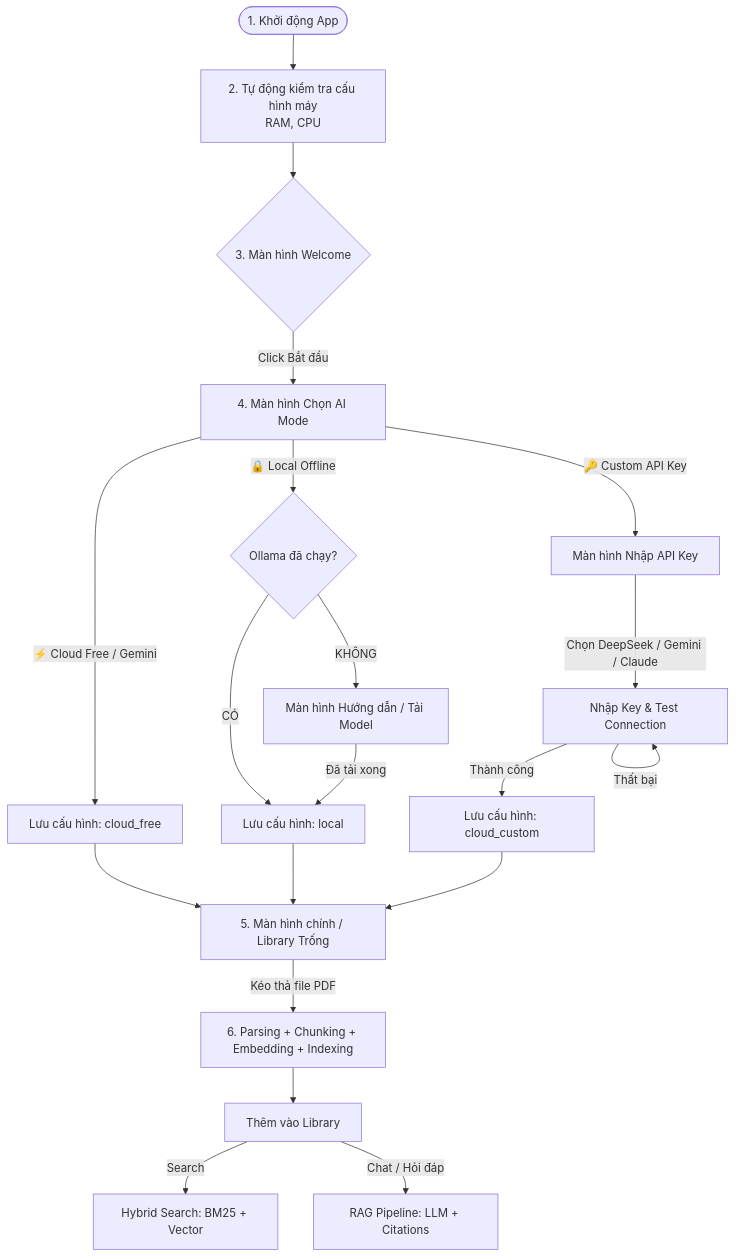
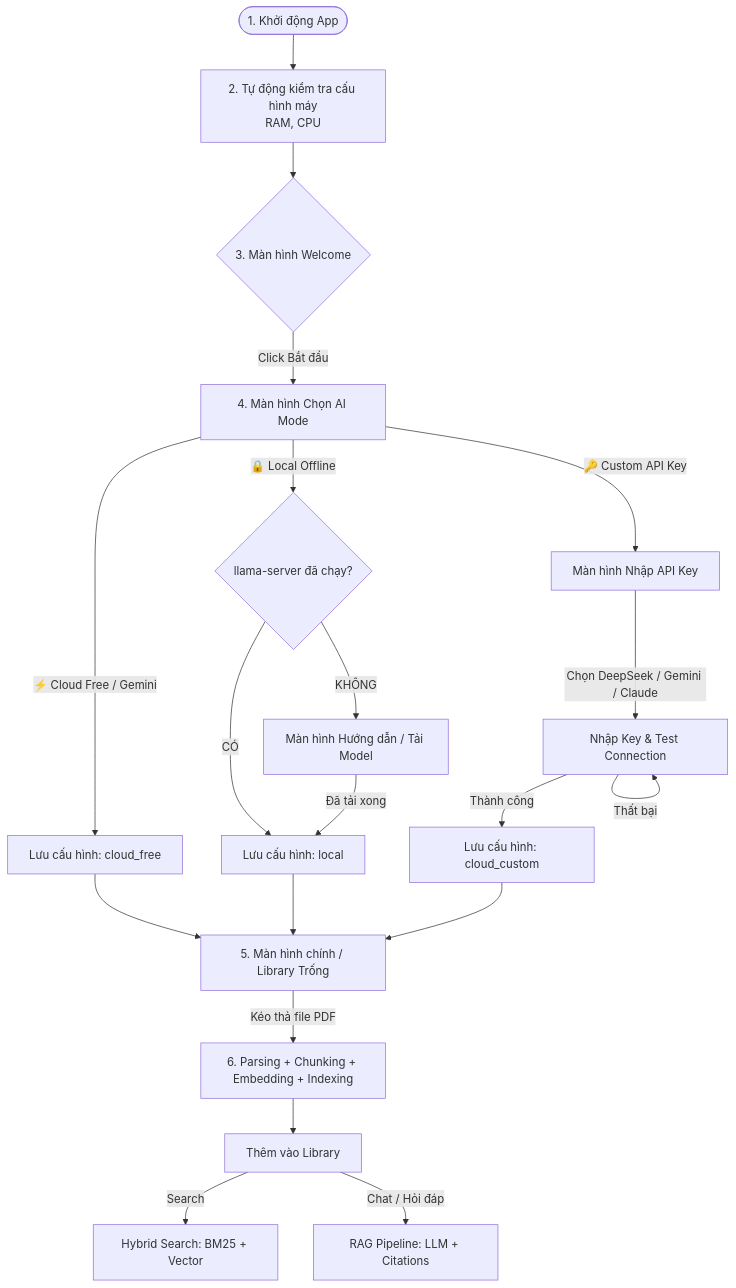
The diagram in plan/ux_flow_onboarding.md (ViuGiaLai/researchmind), drawn with Mermaid before and after one commit. The commit also changed other lines of this file and 37 other files, not shown here.

Commit message:
doi ollama sang llama cpu

````diff
--- a/plan/ux_flow_onboarding.md
+++ b/plan/ux_flow_onboarding.md
@@ -9,32 +9,32 @@
 ```mermaid
 graph TD
     Start([1. Khởi động App]) --> AutoDetect[2. Tự động kiểm tra cấu hình máy<br>RAM, CPU]
     
     AutoDetect --> WelcomeScreen{3. Màn hình Welcome}
     WelcomeScreen -->|Click Bắt đầu| ChooseModeScreen[4. Màn hình Chọn AI Mode]
     
     ChooseModeScreen -->|⚡ Cloud Free / Gemini| SaveFree[Lưu cấu hình: cloud_free]
-    ChooseModeScreen -->|🔒 Local Offline| CheckOllama{Ollama đã chạy?}
+    ChooseModeScreen -->|🔒 Local Offline| CheckLlama{llama-server đã chạy?}
     ChooseModeScreen -->|🔑 Custom API Key| SetupCustom[Màn hình Nhập API Key]
     
     %% Case: Local Offline
-    CheckOllama -->|CÓ| SetupLocalDone[Lưu cấu hình: local]
-    CheckOllama -->|KHÔNG| OllamaDownload[Màn hình Hướng dẫn / Tải Model]
-    OllamaDownload -->|Đã tải xong| SetupLocalDone
+    CheckLlama -->|CÓ| SetupLocalDone[Lưu cấu hình: local]
+    CheckLlama -->|KHÔNG| LlamaDownload[Màn hình Hướng dẫn / Tải Model]
+    LlamaDownload -->|Đã tải xong| SetupLocalDone
     
     %% Case: Custom API Key
     SetupCustom -->|Chọn DeepSeek / Gemini / Claude| InputKey[Nhập Key & Test Connection]
     InputKey -->|Thành công| SaveCustom[Lưu cấu hình: cloud_custom]
     InputKey -->|Thất bại| InputKey
     
     %% Main Workspace
     SaveFree --> Workspace[5. Màn hình chính / Library Trống]
     SetupLocalDone --> Workspace
     SaveCustom --> Workspace
     
     Workspace -->|Kéo thả file PDF| Parser[6. Parsing + Chunking + Embedding + Indexing]
     Parser --> LibraryFull[Thêm vào Library]
     
     LibraryFull -->|Search| HybridSearch[Hybrid Search: BM25 + Vector]
     LibraryFull -->|Chat / Hỏi đáp| RAGPipeline[RAG Pipeline: LLM + Citations]
 ```
````
